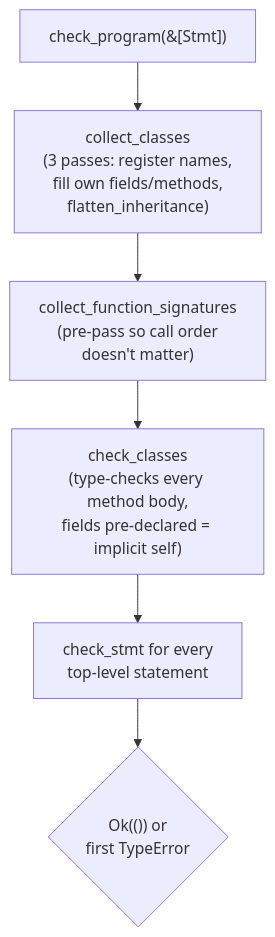
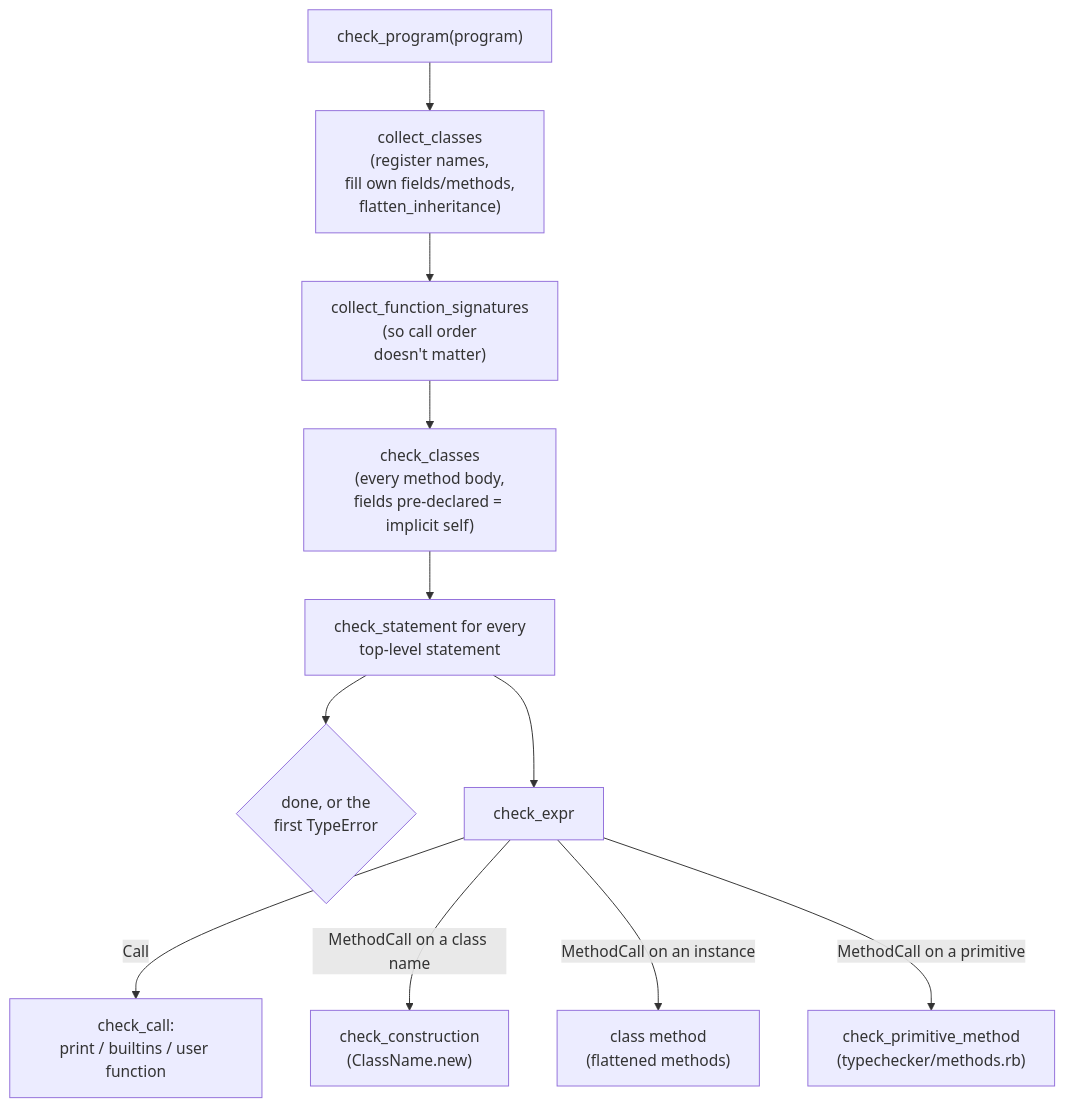
One commit to tiagoamaro/yara changed the fourth of 5 diagrams in docs/architecture.md. Above: the diagram before and after it, drawn with Mermaid. The commit also changed other lines of this file and 68 other files, not shown here.

````diff
--- a/docs/architecture.md
+++ b/docs/architecture.md
@@ -77,8 +77,13 @@
 ```mermaid
 flowchart TD
-    A["check_program(&[Stmt])"] --> B["collect_classes\n(3 passes: register names,\nfill own fields/methods,\nflatten_inheritance)"]
-    B --> C["collect_function_signatures\n(pre-pass so call order\ndoesn't matter)"]
-    C --> D["check_classes\n(type-checks every method body,\nfields pre-declared = implicit self)"]
-    D --> E["check_stmt for every\ntop-level statement"]
-    E --> F{"Ok(()) or\nfirst TypeError"}
+    A["check_program(program)"] --> B["collect_classes\n(register names,\nfill own fields/methods,\nflatten_inheritance)"]
+    B --> C["collect_function_signatures\n(so call order\ndoesn't matter)"]
+    C --> D["check_classes\n(every method body,\nfields pre-declared = implicit self)"]
+    D --> E["check_statement for every\ntop-level statement"]
+    E --> F{"done, or the\nfirst TypeError"}
+    E --> G["check_expr"]
+    G -->|"Call"| H["check_call:\nprint / builtins / user function"]
+    G -->|"MethodCall on a class name"| I["check_construction\n(ClassName.new)"]
+    G -->|"MethodCall on an instance"| J["class method\n(flattened methods)"]
+    G -->|"MethodCall on a primitive"| K["check_primitive_method\n(typechecker/methods.rb)"]
 ```
````
